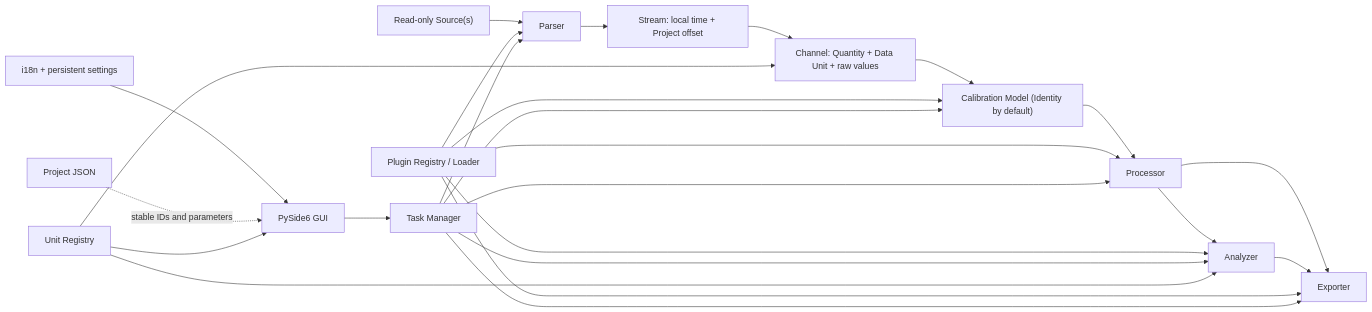
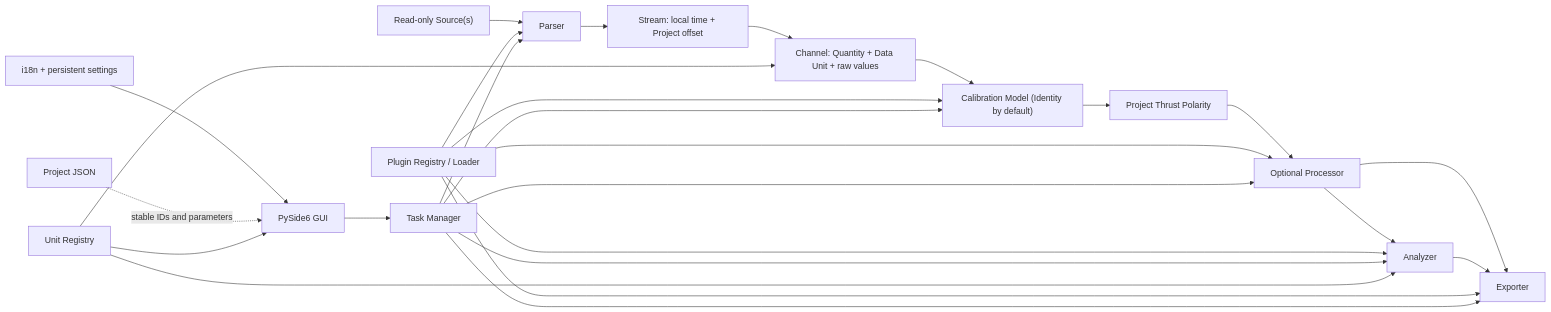
Before and after one commit to aleistercrowleybeast666/Underline_RETLDC: the first of 2 diagrams in docs/Architecture.md, drawn with Mermaid. The commit also changed other lines of this file and 46 other files, not shown here.

````diff
--- a/docs/Architecture.md
+++ b/docs/Architecture.md
@@ -6,27 +6,28 @@
 ```mermaid
 flowchart LR
     S["Read-only Source(s)"] --> P["Parser"]
     P --> ST["Stream: local time + Project offset"]
     ST --> D["Channel: Quantity + Data Unit + raw values"]
     D --> C["Calibration Model (Identity by default)"]
-    C --> PR["Processor"]
+    C --> TP["Project Thrust Polarity"]
+    TP --> PR["Optional Processor"]
     PR --> A["Analyzer"]
     PR --> E["Exporter"]
     A --> E
     R["Plugin Registry / Loader"] --> P
     R --> C
     R --> PR
     R --> A
     R --> E
     GUI["PySide6 GUI"] --> TM["Task Manager"]
     TM --> P
     TM --> C
     TM --> PR
     TM --> A
     TM --> E
     I["i18n + persistent settings"] --> GUI
     PJ["Project JSON"] -. "stable IDs and parameters" .-> GUI
     U["Unit Registry"] --> D
     U --> GUI
     U --> A
 ```
````
